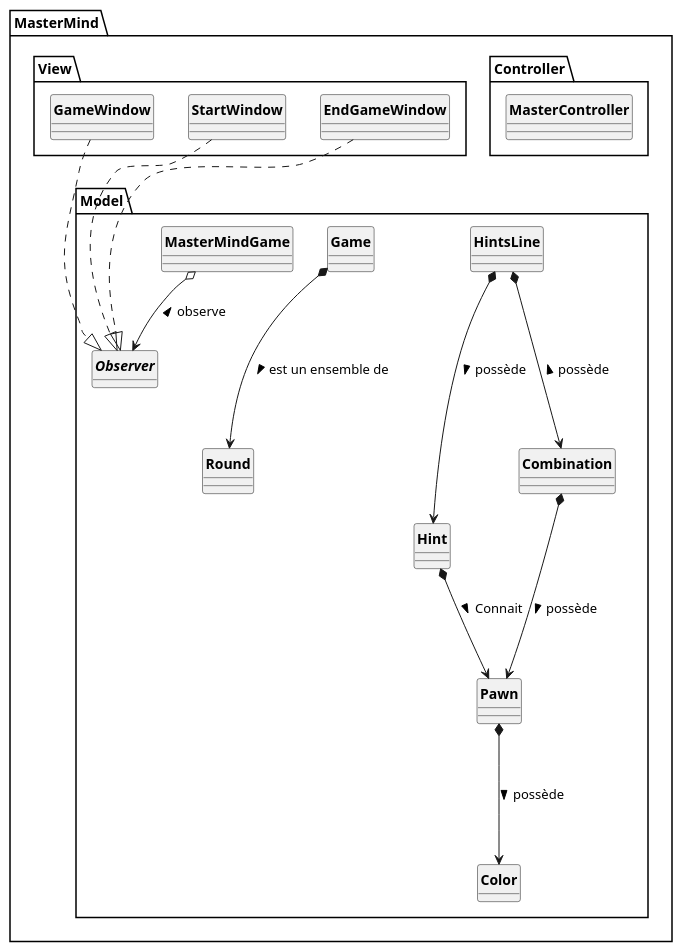
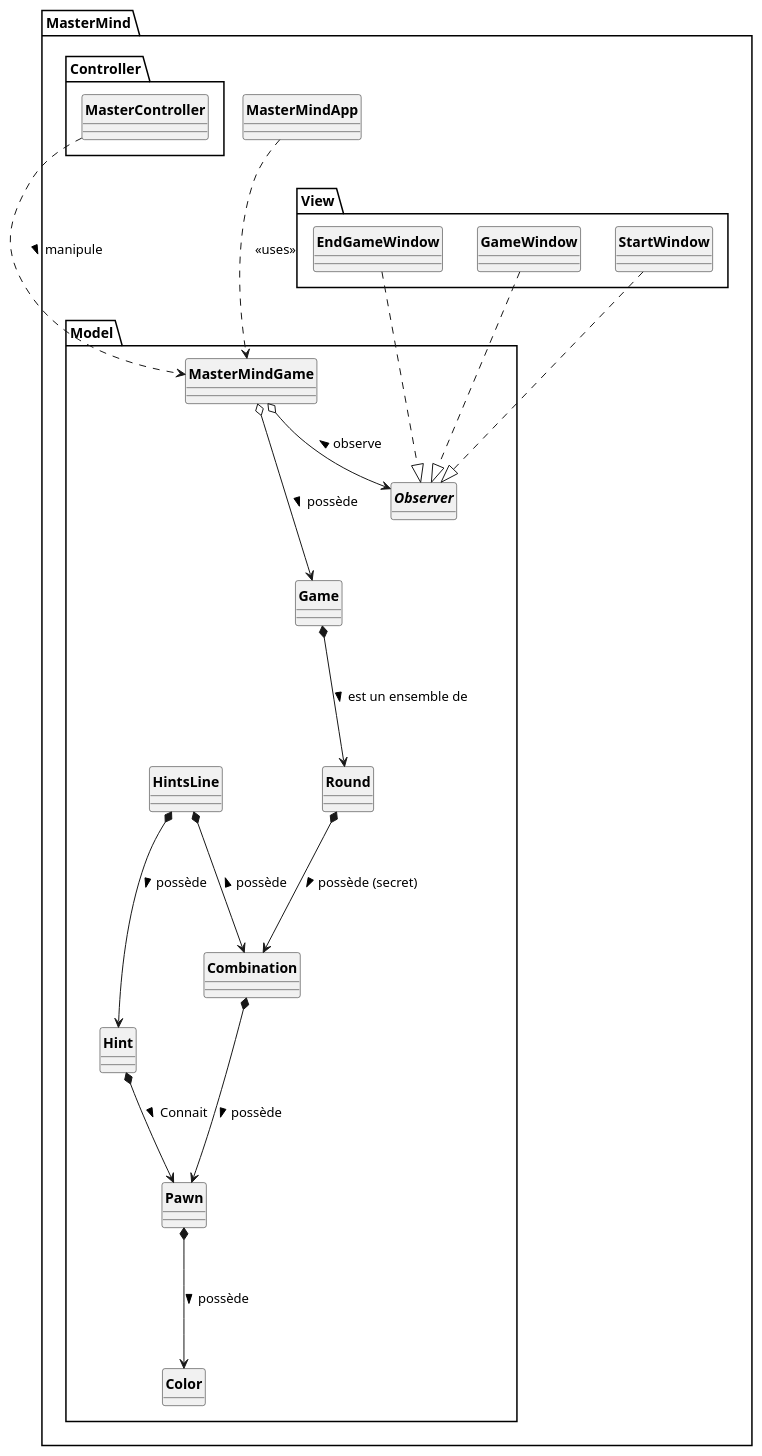
Before and after one commit to dbrunstein/a31-mastermind-java: the diagram in MasterMind/src/UML/MasterMind.puml, drawn with PlantUML.

Commit message:
modification uml:model,main

```diff
--- a/MasterMind/src/UML/MasterMind.puml
+++ b/MasterMind/src/UML/MasterMind.puml
@@ -1,55 +1,65 @@
 @startuml
 'https://plantuml.com/class-diagram
 skinparam style strictuml
 skinparam classAttributeIconSize 0
 skinparam classFontStyle Bold
 hide enum methods
 hide interface attributes
 
 package MasterMind{
-    package Controller{
-        class MasterController{
+    class MasterMindApp{
+    }
+        package Controller{
+            class MasterController{
+            }
         }
-    }
-    package Model {
-        class MasterMindGame{
+        package Model {
+            class MasterMindGame{
+            }
+            class Pawn{
+            }
+            enum Color{
+            }
+            class Hint{
+            }
+            class HintsLine{
+            }
+            interface Observer{
+            }
+            class Round{
+            }
+            class Game{
+            }
+            class Combination{
+            }
         }
-        class Pawn{
+        package View {
+            class GameWindow {
+            }
+            class StartWindow{
+            }
+            class EndGameWindow{
+            }
         }
-        enum Color{
-        }
-        class Hint{
-        }
-        class HintsLine{
-        }
-        interface Observer{
-        }
-        class Round{
-        }
-        class Game{
-        }
-        class Combination{
-        }
-    }
-    package View {
-        class GameWindow {
-        }
-        class StartWindow{
-        }
-        class EndGameWindow{
-        }
-    }
 }
+
 'Base pas ouf mais c'est un début'
+'####VUES####'
 GameWindow ...|> Observer
 StartWindow ...|> Observer
 EndGameWindow ...|> Observer
+'####MODEL####'
 HintsLine *---> Hint : > possède
 Combination *---> Pawn : > possède
 Pawn *---> Color : > possède
 Game *---> Round : > est un ensemble de
 Hint *--> Pawn : > Connait
 HintsLine *---> Combination : < possède
 MasterMindGame o--> Observer : < observe
-
+Round *---> Combination : > possède (secret)
+MasterMindGame o---> Game : > possède
+'####CONTROLLER####'
+MasterController ...> MasterMindGame : > manipule
+'####MAIN####'
+MasterMindApp ...> MasterMindGame : <<uses>>
 @enduml
```
